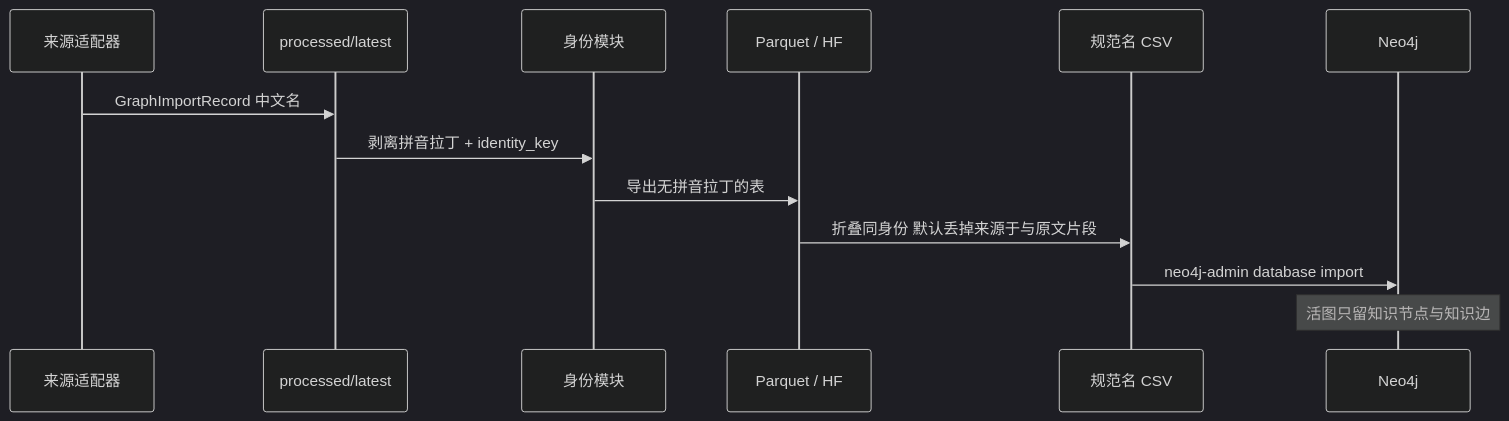
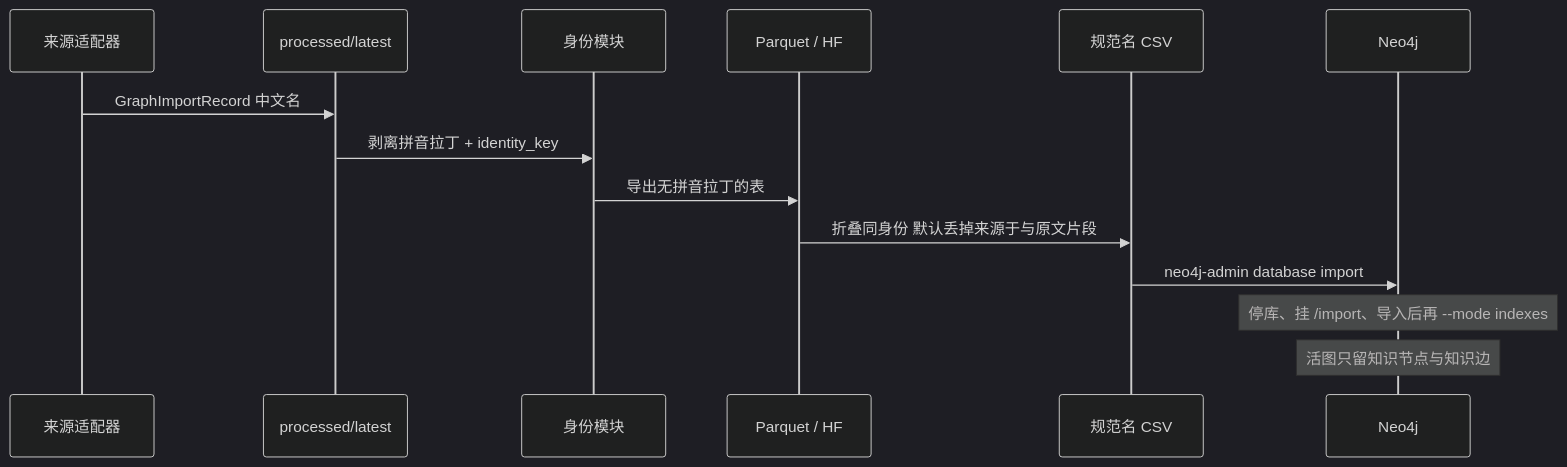
The fourth of 4 diagrams in docs/architecture/entity-resolution.md (ticoAg/BaiCao), drawn with Mermaid (dark theme) before and after one commit. The commit also changed other lines of this file and 12 other files, not shown here.

First line of the commit message:
feat: 图谱全量导入默认走 neo4j-admin

````diff
--- a/docs/architecture/entity-resolution.md
+++ b/docs/architecture/entity-resolution.md
@@ -134,16 +136,17 @@
 ```mermaid
 sequenceDiagram
     participant Adapter as 来源适配器
     participant JSONL as processed/latest
     participant Ident as 身份模块
     participant PQ as Parquet / HF
     participant CSV as 规范名 CSV
     participant Neo as Neo4j
 
     Adapter->>JSONL: GraphImportRecord 中文名
     JSONL->>Ident: 剥离拼音拉丁 + identity_key
     Ident->>PQ: 导出无拼音拉丁的表
     PQ->>CSV: 折叠同身份 默认丢掉来源于与原文片段
     CSV->>Neo: neo4j-admin database import
+    Note over Neo: 停库、挂 /import、导入后再 --mode indexes
     Note over Neo: 活图只留知识节点与知识边
 ```
````
